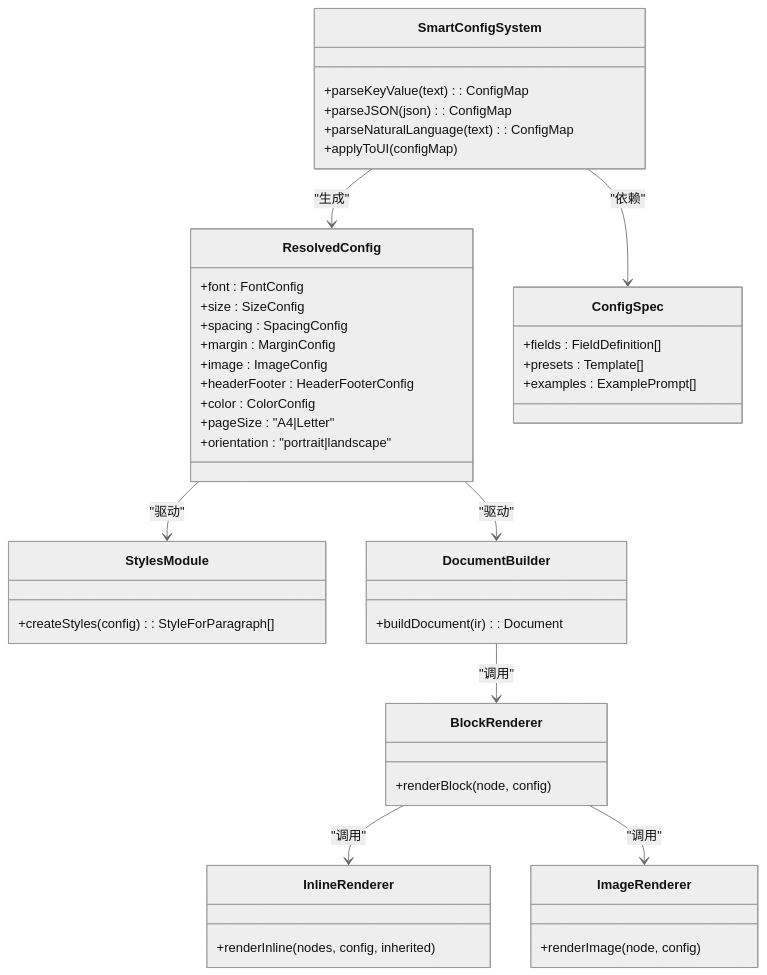
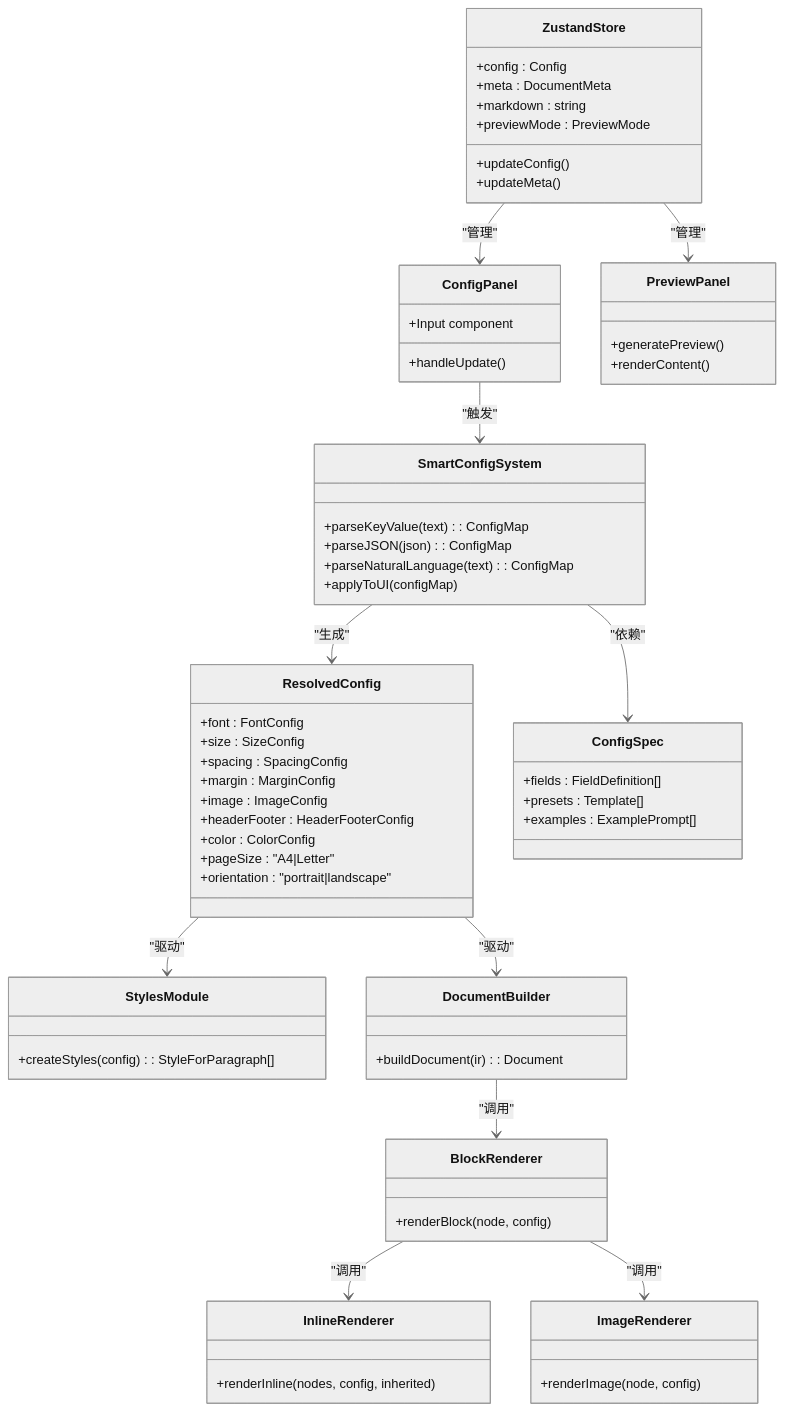
Before and after one commit to wanwushelie/markdown-to-word-studio: the ninth of 9 diagrams in .lingma/repowiki/zh/content/用户指南/配置系统/配置系统.md, drawn with Mermaid (neutral theme). The commit also changed other lines of this file and 21 other files, not shown here.

````diff
--- a/.lingma/repowiki/zh/content/用户指南/配置系统/配置系统.md
+++ b/.lingma/repowiki/zh/content/用户指南/配置系统/配置系统.md
@@ -609,47 +737,66 @@
 ```mermaid
 classDiagram
 class ResolvedConfig {
 +font : FontConfig
 +size : SizeConfig
 +spacing : SpacingConfig
 +margin : MarginConfig
 +image : ImageConfig
 +headerFooter : HeaderFooterConfig
 +color : ColorConfig
 +pageSize : "A4|Letter"
 +orientation : "portrait|landscape"
+}
+class ZustandStore {
++config : Config
++meta : DocumentMeta
++markdown : string
++previewMode : PreviewMode
++updateConfig()
++updateMeta()
+}
+class ConfigPanel {
++handleUpdate()
++Input component
 }
 class SmartConfigSystem {
 +parseKeyValue(text) : ConfigMap
 +parseJSON(json) : ConfigMap
 +parseNaturalLanguage(text) : ConfigMap
 +applyToUI(configMap)
 }
 class ConfigSpec {
 +fields : FieldDefinition[]
 +presets : Template[]
 +examples : ExamplePrompt[]
 }
 class StylesModule {
 +createStyles(config) : StyleForParagraph[]
 }
 class DocumentBuilder {
 +buildDocument(ir) : Document
 }
 class BlockRenderer {
 +renderBlock(node, config)
 }
 class InlineRenderer {
 +renderInline(nodes, config, inherited)
 }
 class ImageRenderer {
 +renderImage(node, config)
 }
+class PreviewPanel {
++generatePreview()
++renderContent()
+}
 ResolvedConfig --> StylesModule : "驱动"
 ResolvedConfig --> DocumentBuilder : "驱动"
 DocumentBuilder --> BlockRenderer : "调用"
 BlockRenderer --> InlineRenderer : "调用"
 BlockRenderer --> ImageRenderer : "调用"
+ZustandStore --> ConfigPanel : "管理"
+ZustandStore --> PreviewPanel : "管理"
+ConfigPanel --> SmartConfigSystem : "触发"
 SmartConfigSystem --> ConfigSpec : "依赖"
 SmartConfigSystem --> ResolvedConfig : "生成"
 ```
````
